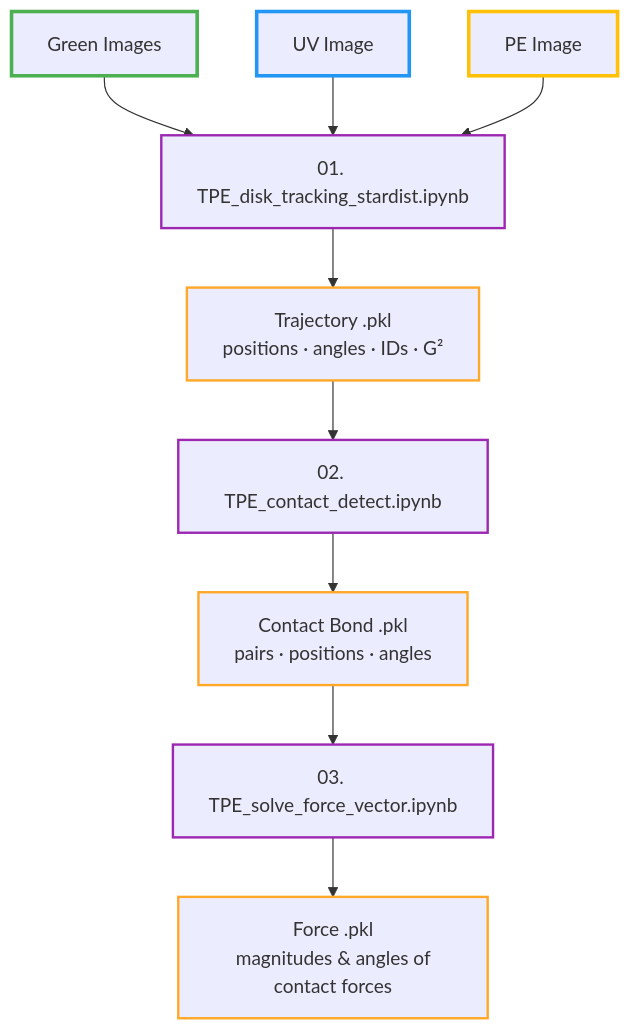
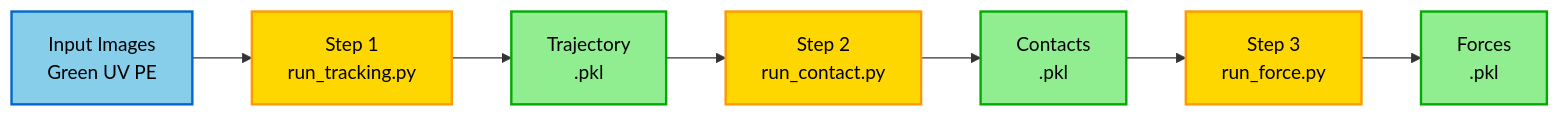
One commit to jctsaigroup/TPE-Disk-Image-Processing changed the diagram in docs/index.md. Above: the diagram before and after it, drawn with Mermaid. The commit also changed other lines of this file and 10 other files, not shown here.

````diff
--- a/docs/index.md
+++ b/docs/index.md
@@ -25,21 +25,22 @@
 ```mermaid
-flowchart TD
-    I1[Green Images] --> B[01. TPE_disk_tracking_stardist.ipynb]
-    I2[UV Image] --> B
-    I3[PE Image] --> B
-    B --> C[Trajectory .pkl\n positions · angles · IDs · G²]
-    C --> D[02. TPE_contact_detect.ipynb]
-    D --> E[Contact Bond .pkl\n pairs · positions · angles]
-    E --> F[03. TPE_solve_force_vector.ipynb]
-    F --> G[Force .pkl\n magnitudes & angles of contact forces]
+graph LR
+    I[Input Images<br/>Green UV PE] 
+    S1[Step 1<br/>run_tracking.py]
+    O1[Trajectory<br/>.pkl]
+    S2[Step 2<br/>run_contact.py]
+    O2[Contacts<br/>.pkl]
+    S3[Step 3<br/>run_force.py]
+    O3[Forces<br/>.pkl]
+    
+    I --> S1 --> O1 --> S2 --> O2 --> S3 --> O3
+    
+    classDef input fill:#87CEEB,stroke:#0066cc,stroke-width:2px,color:#000
+    classDef process fill:#FFD700,stroke:#ff9900,stroke-width:2px,color:#000
+    classDef output fill:#90EE90,stroke:#00aa00,stroke-width:2px,color:#000
+    
+    class I input
+    class S1,S2,S3 process
+    class O1,O2,O3 output
+    
 
-    style I1 stroke:#4CAF50,stroke-width:3px
-    style I2 stroke:#2196F3,stroke-width:3px
-    style I3 stroke:#FFC107,stroke-width:3px
-    style C stroke:#FFA726,stroke-width:2px
-    style E stroke:#FFA726,stroke-width:2px
-    style G stroke:#FFA726,stroke-width:2px
-    style B stroke:#9C27B0,stroke-width:2px
-    style D stroke:#9C27B0,stroke-width:2px
-    style F stroke:#9C27B0,stroke-width:2px
 ```
````
